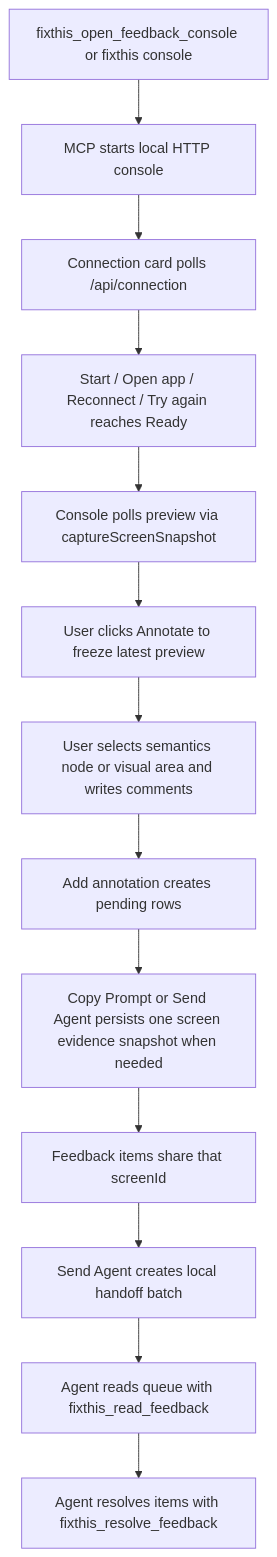
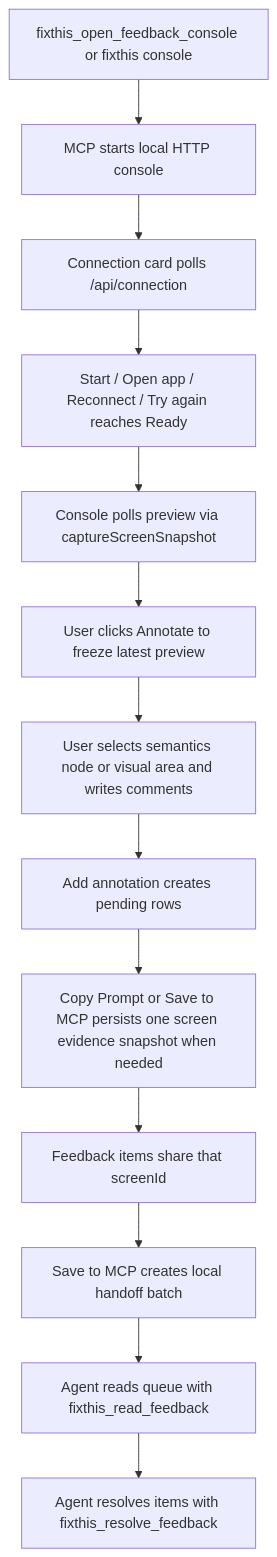
The second of 2 diagrams in docs/architecture/overview.md (beyondwin/FixThis), drawn with Mermaid before and after one commit. The commit also changed other lines of this file and 15 other files, not shown here.

````diff
--- a/docs/architecture/overview.md
+++ b/docs/architecture/overview.md
@@ -173,15 +187,15 @@
 ```mermaid
 flowchart TD
     A["fixthis_open_feedback_console or fixthis console"] --> B["MCP starts local HTTP console"]
     B --> C["Connection card polls /api/connection"]
     C --> D["Start / Open app / Reconnect / Try again reaches Ready"]
     D --> E["Console polls preview via captureScreenSnapshot"]
     E --> F["User clicks Annotate to freeze latest preview"]
     F --> G["User selects semantics node or visual area and writes comments"]
     G --> H["Add annotation creates pending rows"]
-    H --> I["Copy Prompt or Send Agent persists one screen evidence snapshot when needed"]
+    H --> I["Copy Prompt or Save to MCP persists one screen evidence snapshot when needed"]
     I --> J["Feedback items share that screenId"]
-    J --> K["Send Agent creates local handoff batch"]
+    J --> K["Save to MCP creates local handoff batch"]
     K --> L["Agent reads queue with fixthis_read_feedback"]
     L --> M["Agent resolves items with fixthis_resolve_feedback"]
 ```
````
